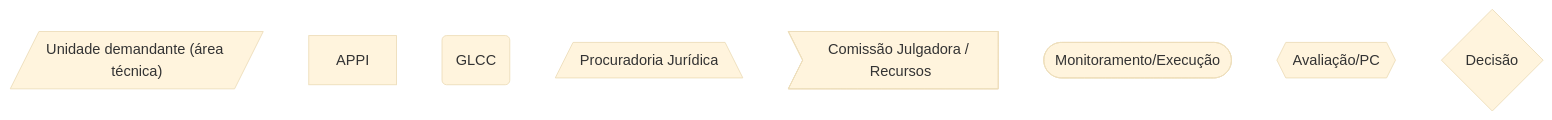
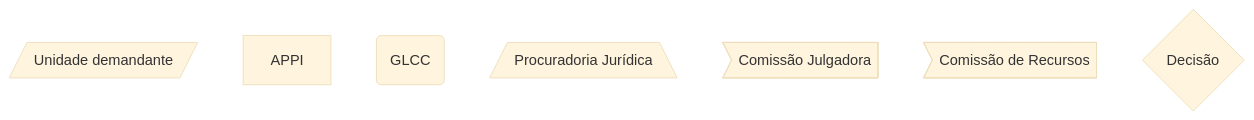
The first of 2 diagrams in paginas/parcerias/dicas/README.md (iepha-mg/manual.appi), drawn with Mermaid (base theme) before and after one commit. The commit also changed other lines of this file, not shown here.

```diff
--- a/paginas/parcerias/dicas/README.md
+++ b/paginas/parcerias/dicas/README.md
@@ -445,12 +445,11 @@
 <div class="mermaid">
 flowchart TD
-    %% Legenda (adaptada ao contexto IEPHA-MG/APPI)
-    A_LEG@{ shape: lean-r, label: "Unidade demandante (área técnica)" }
+    %% Legenda
+    A_LEG@{ shape: lean-r, label: "Unidade demandante" }
     B_LEG@{ shape: rect, label: "APPI" }
     C_LEG@{ shape: rounded, label: "GLCC" }
     D_LEG@{ shape: trap-b, label: "Procuradoria Jurídica" }
-    E_LEG@{ shape: odd, label: "Comissão Julgadora / Recursos" }
-    G_LEG@{ shape: stadium, label: "Monitoramento/Execução" }
-    H_LEG@{ shape: hex, label: "Avaliação/PC" }
+    E1_LEG@{ shape: odd, label: "Comissão Julgadora" }
+    E2_LEG@{ shape: odd, label: "Comissão de Recursos" }
     I_LEG@{ shape: diamond, label: "Decisão" }
 </div>
```
